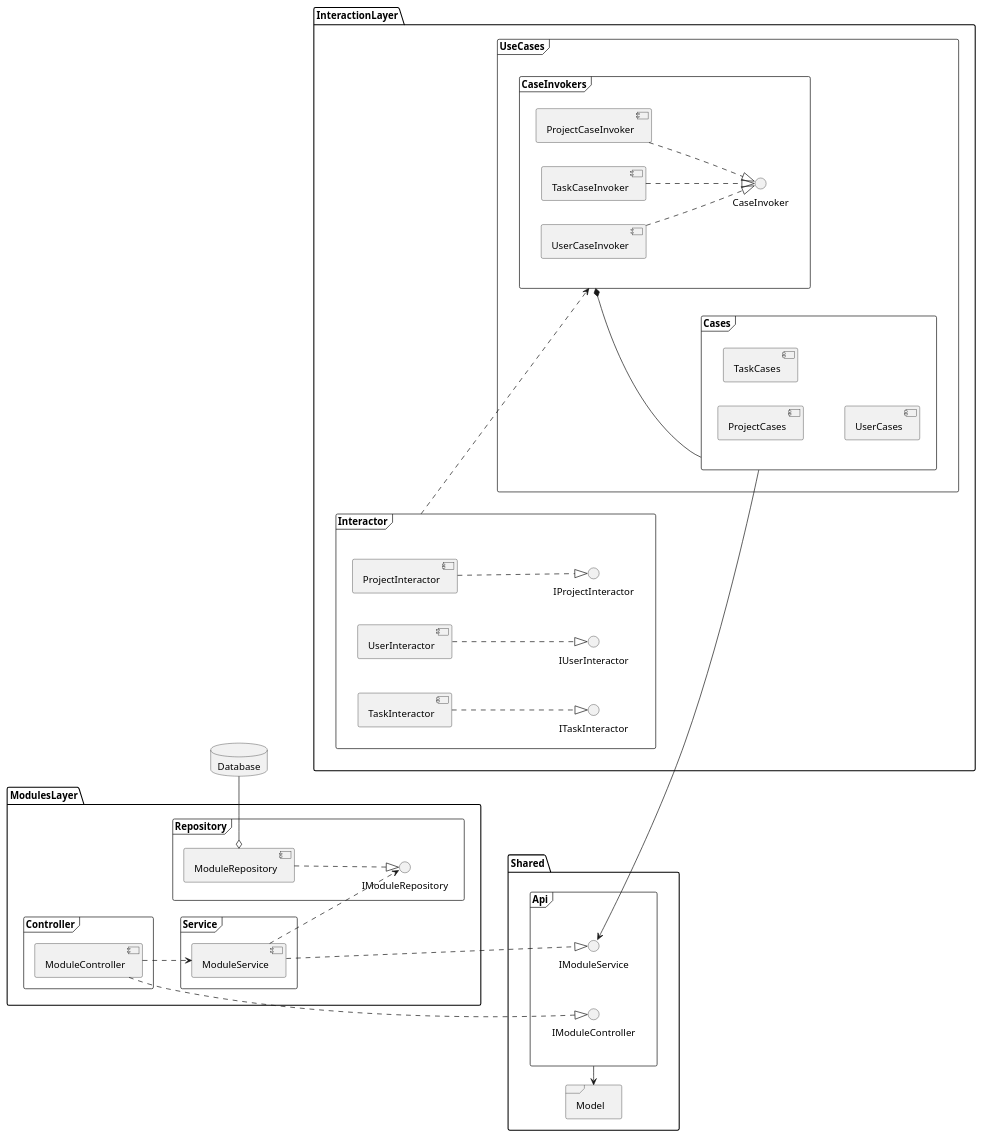
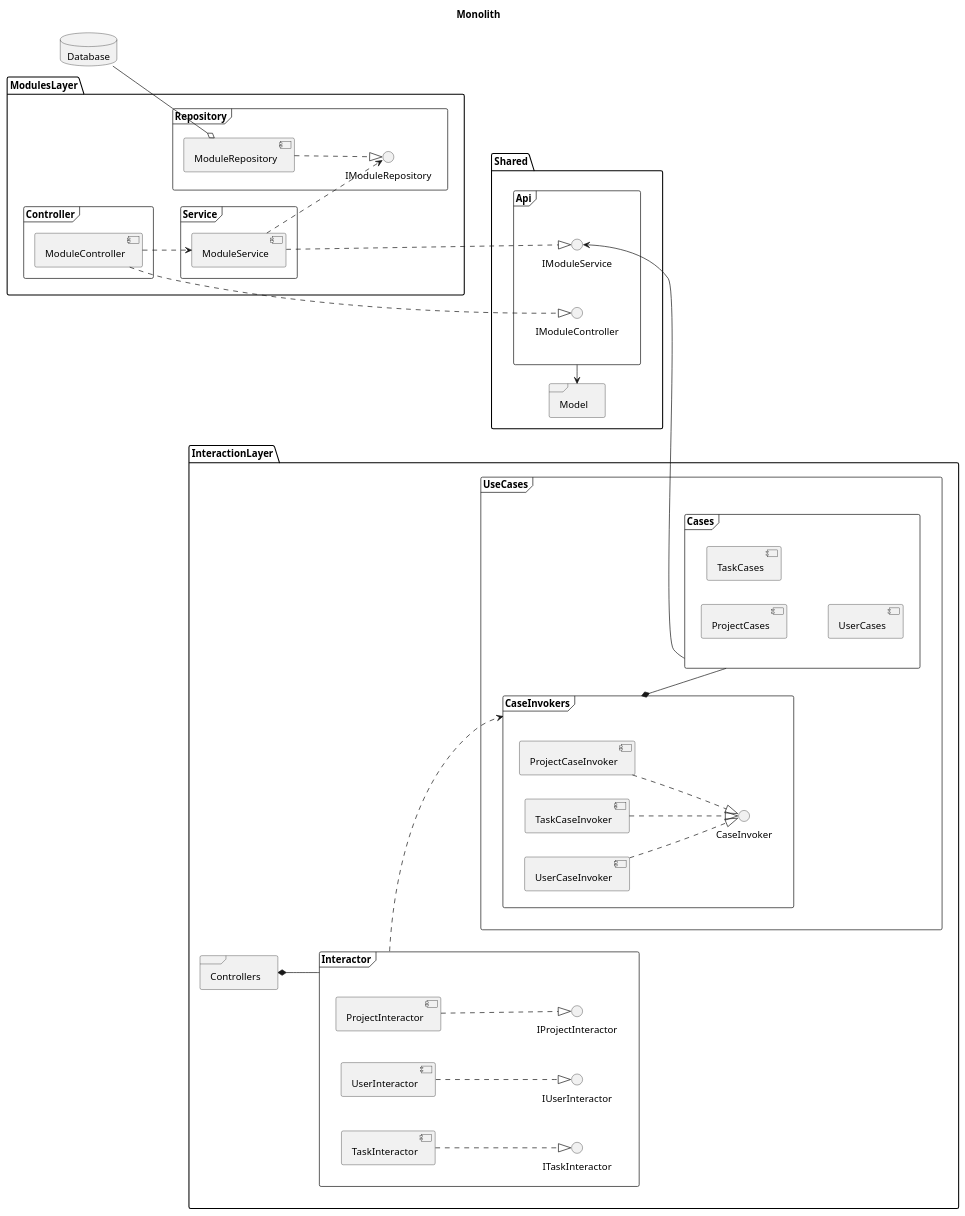
Before and after one commit to unmei211/via.easyflow-backend: the diagram in uml/architectrure/monolith_architecture.puml, drawn with PlantUML. The commit also changed 2 other files, not shown here.

Commit message:
diagrams

```diff
--- a/uml/architectrure/monolith_architecture.puml
+++ b/uml/architectrure/monolith_architecture.puml
@@ -1,87 +1,95 @@
 @startuml
+
+title "Monolith"
+
 left to right direction
-'top to bottom direction
+
 database "Database" as db
 
 package "InteractionLayer" {
 
     frame "Interactor" {
           [ProjectInteractor] as pi
           [UserInteractor] as ui
           [TaskInteractor] as ti
 
           () IProjectInteractor as ipi
           () ITaskInteractor as iti
           () IUserInteractor as iui
 
           [pi] ..|> ipi
           [ui] ..|> iui
           [ti] ..|> iti
     }
 
     frame "UseCases" {
 
         frame "CaseInvokers" {
         () CaseInvoker as ci
 
         [ProjectCaseInvoker] as pci
         [TaskCaseInvoker] as tci
         [UserCaseInvoker] as uci
 
 
         [pci] ..|> ci
         [tci] ..|> ci
         [uci] ..|> ci
 
         "Interactor" ..> "CaseInvokers"
         }
 
 
         frame Cases {
             [ProjectCases] as pc
             [TaskCases] as tc
             [UserCases] as uc
         }
 
         "CaseInvokers" *-- Cases
     }
+
+    frame "Controllers" {
+
+    }
+    "Controllers" *-- "Interactor"
 }
 
 package "ModulesLayer" {
     frame "Repository" {
         () IModuleRepository as imp
         [ModuleRepository] as mr
 
         mr ..|> imp
 
-        mr o-right- db
+        mr o-up- db
     }
     frame "Service" {
        [ModuleService] as ms
 
        ms ..> imp
     }
      frame "Controller" {
        [ModuleController] as mc
      }
 }
 
 package "Shared" {
     frame "Api" {
         () IModuleService as ims
         () IModuleController as imc
 
         mc ..> ms
 
         ms ...|> ims
 
         mc ..|> imc
     }
     frame "Model" {
     }
 
     "Api" -> "Model"
 }
 
 "Cases" -up-> ims
 @enduml
```
